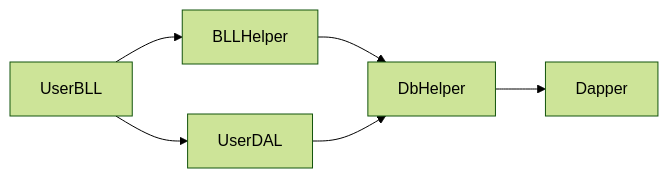
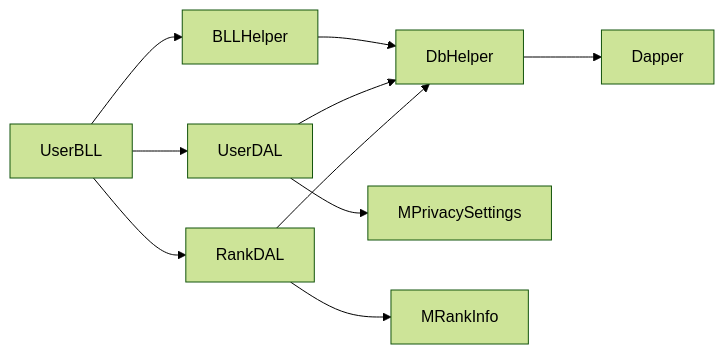
The sixth of 6 diagrams in .qoder/repowiki/zh/content/后端 API 服务/工具类库/数据库连接管理.md (TinyMaD/SpeedRunnersLab), drawn with Mermaid (forest theme) before and after one commit. The commit also changed other lines of this file and 29 other files, not shown here.

````diff
--- a/.qoder/repowiki/zh/content/后端 API 服务/工具类库/数据库连接管理.md
+++ b/.qoder/repowiki/zh/content/后端 API 服务/工具类库/数据库连接管理.md
@@ -247,8 +374,12 @@
 ```mermaid
 graph LR
 UserBLL["UserBLL"] --> BLLHelper["BLLHelper"]
 BLLHelper --> DbHelper["DbHelper"]
 DbHelper --> Dapper["Dapper"]
 UserDAL["UserDAL"] --> DbHelper
+RankDAL["RankDAL"] --> DbHelper
 UserBLL --> UserDAL
+UserBLL --> RankDAL
+UserDAL --> MPrivacySettings["MPrivacySettings"]
+RankDAL --> MRankInfo["MRankInfo"]
 ```
````
